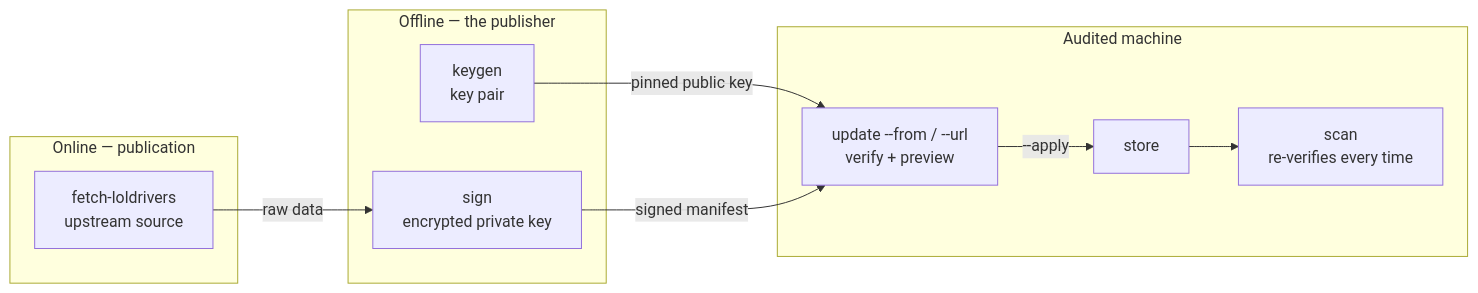
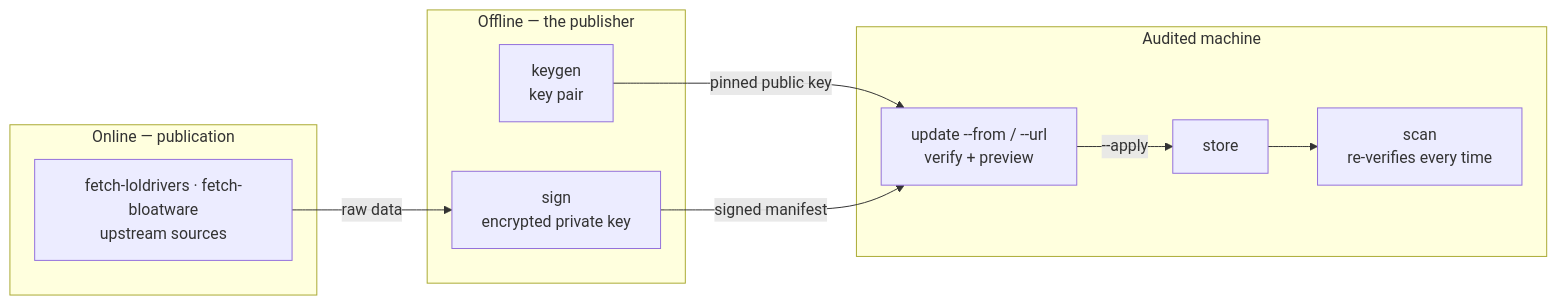
The third of 4 diagrams in docs/ARCHITECTURE.md (naoutix/rempart), drawn with Mermaid before and after one commit. The commit also changed other lines of this file and 5 other files, not shown here.

````diff
--- a/docs/ARCHITECTURE.md
+++ b/docs/ARCHITECTURE.md
@@ -131,21 +130,21 @@
 ```mermaid
 flowchart LR
     subgraph OFF["Offline — the publisher"]
         K["keygen<br/>key pair"]
         S["sign<br/>encrypted private key"]
     end
     subgraph PUB["Online — publication"]
-        F["fetch-loldrivers<br/>upstream source"]
+        F["fetch-loldrivers · fetch-bloatware<br/>upstream sources"]
     end
     subgraph AUD["Audited machine"]
         U["update --from / --url<br/>verify + preview"]
         ST["store"]
         SC["scan<br/>re-verifies every time"]
     end
 
     K -->|pinned public key| U
     F -->|raw data| S
     S -->|signed manifest| U
     U -->|--apply| ST
     ST --> SC
 ```
````
